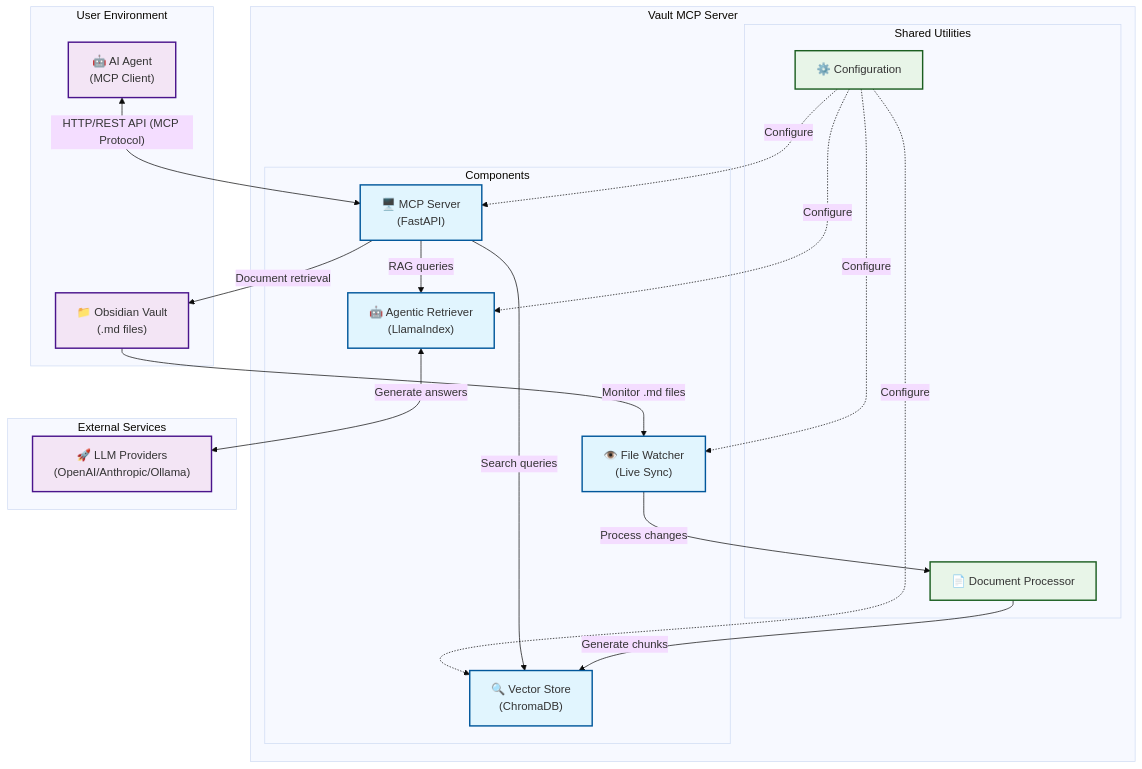
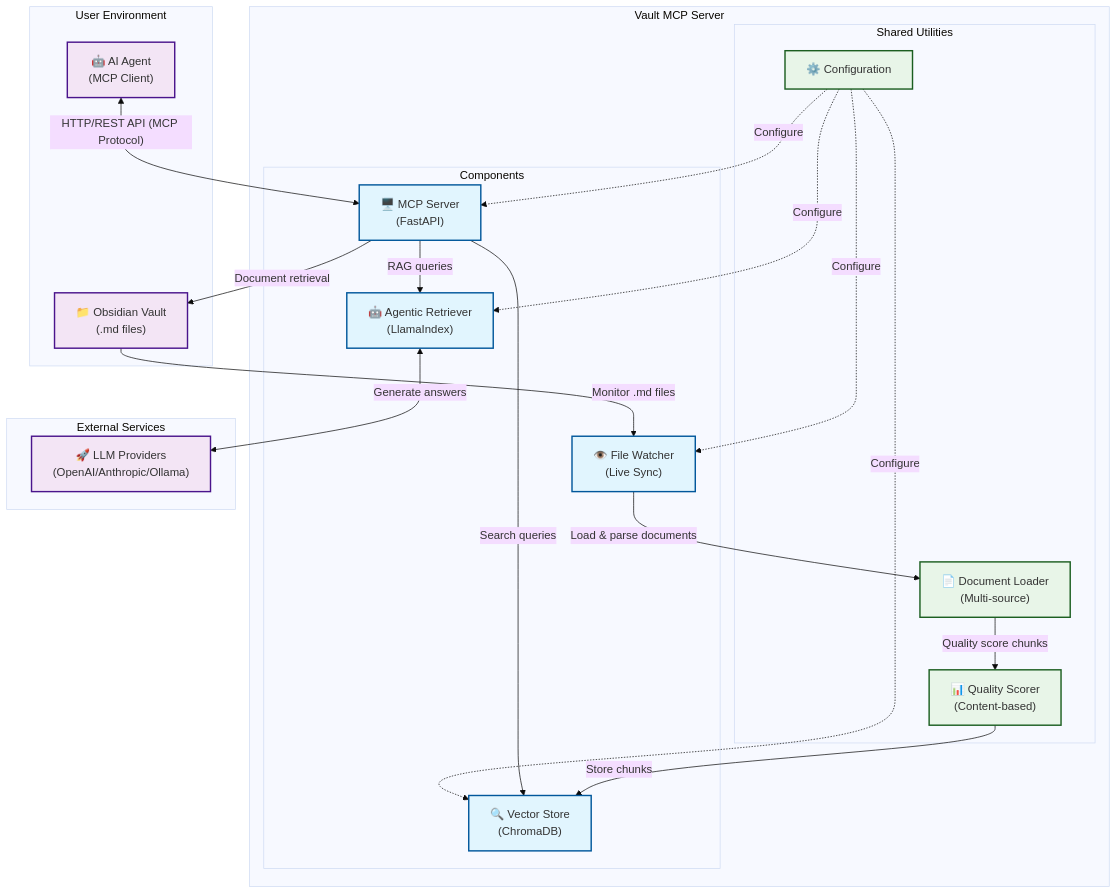
One commit to robbiemu/vault-mcp changed the diagram in README.md. Above: the diagram before and after it, drawn with Mermaid (base theme). The commit also changed other lines of this file and 44 other files, not shown here.

````diff
--- a/README.md
+++ b/README.md
@@ -34,50 +36,52 @@
 ```mermaid
 graph TB
     subgraph "User Environment"
         OV["📁 Obsidian Vault<br/>(.md files)"]
         AI["🤖 AI Agent<br/>(MCP Client)"]
     end
     
     subgraph "Vault MCP Server"
         subgraph "Components"
             MS["🖥️ MCP Server<br/>(FastAPI)"]
             VS["🔍 Vector Store<br/>(ChromaDB)"]
             FW["👁️ File Watcher<br/>(Live Sync)"]
             AR["🤖 Agentic Retriever<br/>(LlamaIndex)"]
         end
         
         subgraph "Shared Utilities"
-            DP["📄 Document Processor"]
+            DL["📄 Document Loader<br/>(Multi-source)"]
+            QS["📊 Quality Scorer<br/>(Content-based)"]
             CF["⚙️ Configuration"]
         end
     end
     
     subgraph "External Services"
         LLM["🚀 LLM Providers<br/>(OpenAI/Anthropic/Ollama)"]
     end
     
     %% Data flow connections
     OV -->|"Monitor .md files"| FW
-    FW -->|"Process changes"| DP
-    DP -->|"Generate chunks"| VS
+    FW -->|"Load & parse documents"| DL
+    DL -->|"Quality score chunks"| QS
+    QS -->|"Store chunks"| VS
     AI <-->|"HTTP/REST API (MCP Protocol)"| MS
     MS -->|"Search queries"| VS
     MS -->|"RAG queries"| AR
     MS -->|"Document retrieval"| OV
     AR <-->|"Generate answers"| LLM
     
     %% Configuration connections
     CF -.->|"Configure"| MS
     CF -.->|"Configure"| FW
     CF -.->|"Configure"| VS
     CF -.->|"Configure"| AR
     
     %% Styling
     classDef component fill:#e1f5fe,stroke:#01579b,stroke-width:2px
     classDef external fill:#f3e5f5,stroke:#4a148c,stroke-width:2px
     classDef utility fill:#e8f5e8,stroke:#1b5e20,stroke-width:2px
     
     class MS,VS,FW,AR component
     class OV,AI,LLM external
-    class DP,CF utility
+    class DL,QS,CF utility
 ```
````
